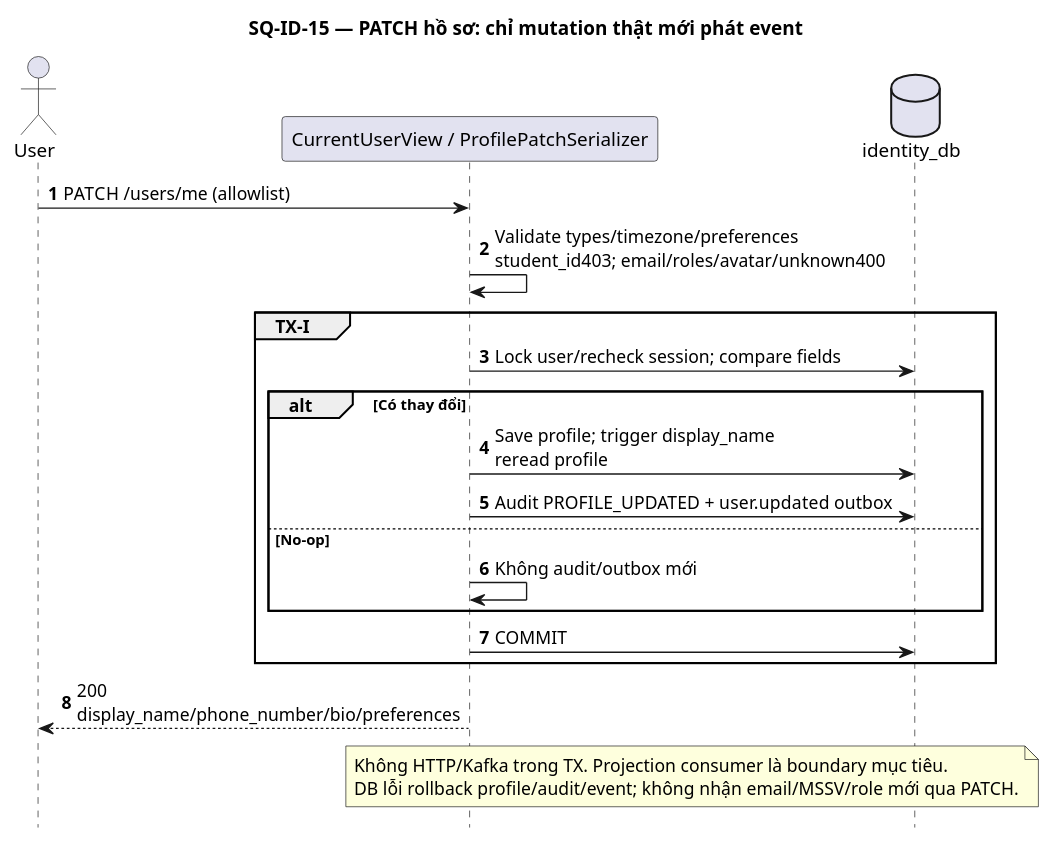
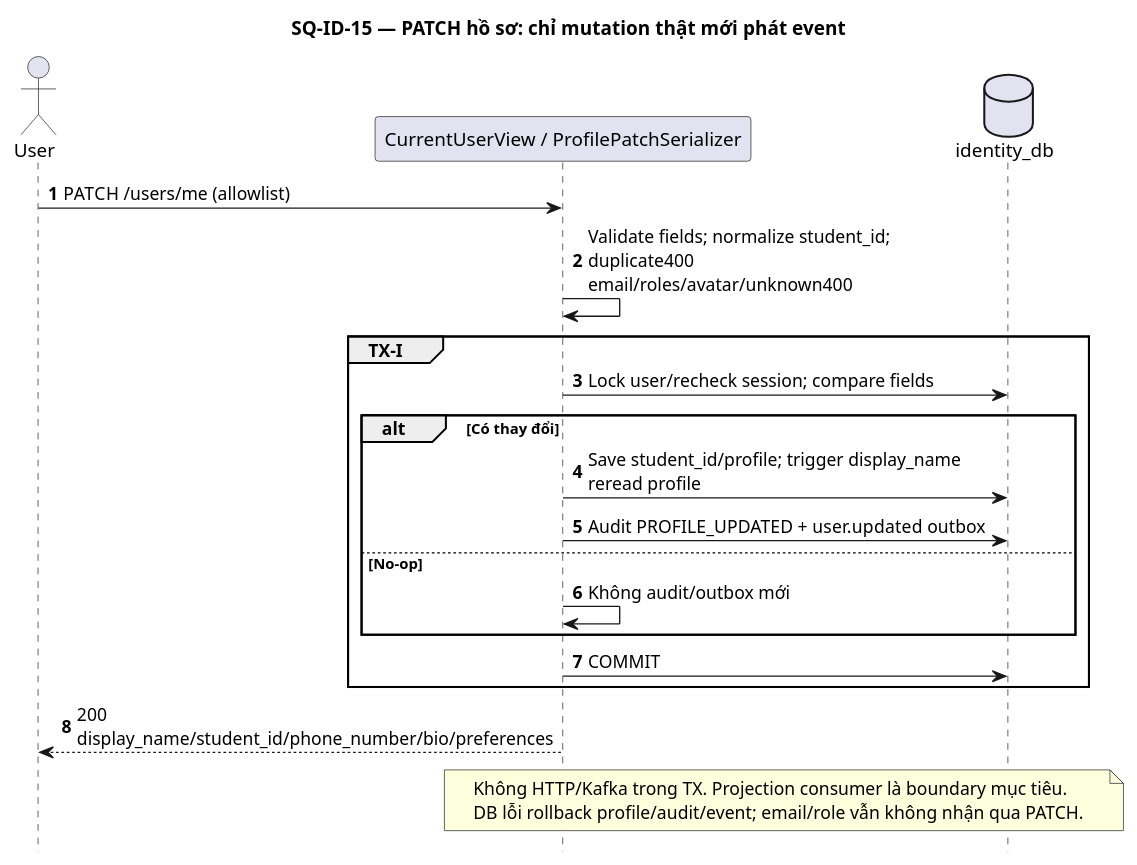
Diagram 15 of 23 in docs/diagram/identity-service/sequence.md (TriNguyenThanh/UTask), drawn with PlantUML before and after one commit. The commit also changed 4 other files, not shown here.

````diff
--- a/docs/diagram/identity-service/sequence.md
+++ b/docs/diagram/identity-service/sequence.md
@@ -797,29 +797,29 @@
 ```plantuml
 @startuml SQ-ID-15
 skinparam defaultFontName Arial
 skinparam shadowing false
 skinparam sequenceMessageAlign left
 skinparam responseMessageBelowArrow true
 skinparam maxMessageSize 300
 hide footbox
 autonumber
 title SQ-ID-15 — PATCH hồ sơ: chỉ mutation thật mới phát event
 actor "User" as U
 participant "CurrentUserView / ProfilePatchSerializer" as I
 database "identity_db" as D
 U -> I : PATCH /users/me (allowlist)
-I -> I : Validate types/timezone/preferences\nstudent_id403; email/roles/avatar/unknown400
+I -> I : Validate fields; normalize student_id; duplicate400\nemail/roles/avatar/unknown400
 group TX-I
  I -> D : Lock user/recheck session; compare fields
  alt Có thay đổi
-  I -> D : Save profile; trigger display_name\nreread profile
+  I -> D : Save student_id/profile; trigger display_name\nreread profile
   I -> D : Audit PROFILE_UPDATED + user.updated outbox
  else No-op
   I -> I : Không audit/outbox mới
  end
  I -> D : COMMIT
 end
-I --> U : 200 display_name/phone_number/bio/preferences
-note over I,D : Không HTTP/Kafka trong TX. Projection consumer là boundary mục tiêu.\nDB lỗi rollback profile/audit/event; không nhận email/MSSV/role mới qua PATCH.
+I --> U : 200 display_name/student_id/phone_number/bio/preferences
+note over I,D : Không HTTP/Kafka trong TX. Projection consumer là boundary mục tiêu.\nDB lỗi rollback profile/audit/event; email/role vẫn không nhận qua PATCH.
 @enduml
 ```
````
